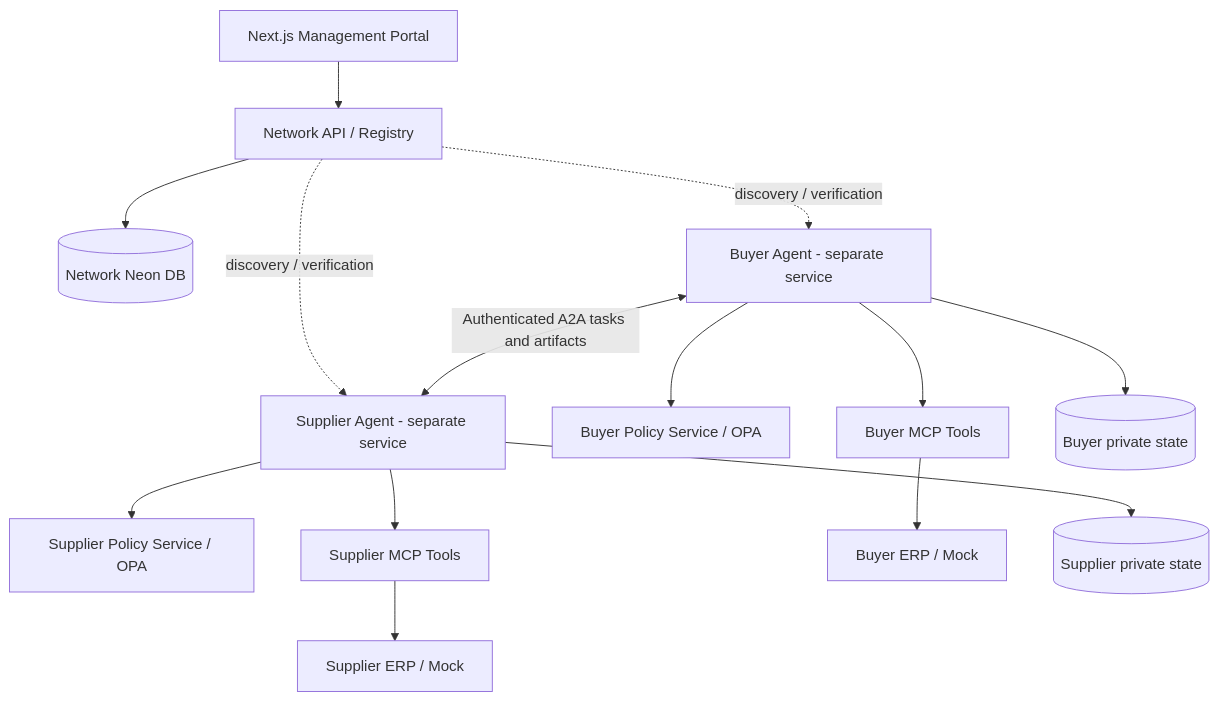
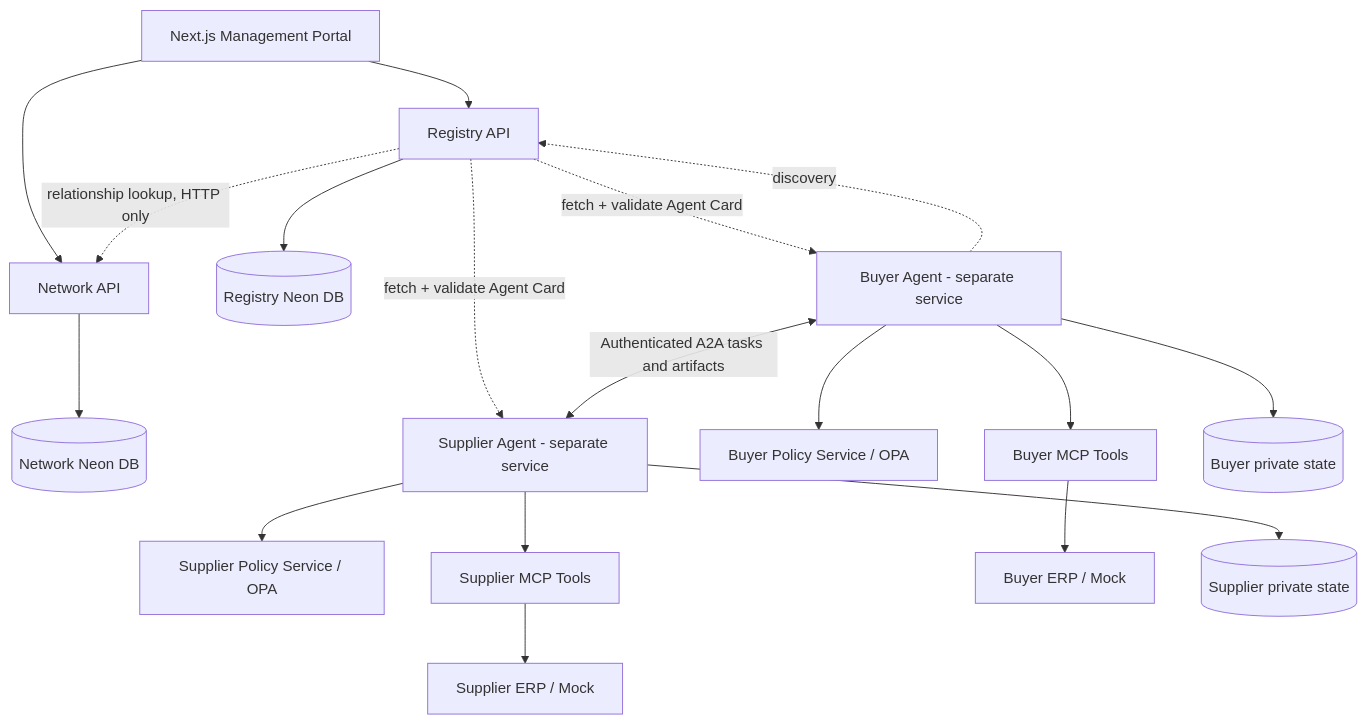
The diagram in aimo-brain-starter/docs/ARCHITECTURE.md (Ponnusa/aimo-ai), drawn with Mermaid before and after one commit. The commit also changed other lines of this file and 43 other files, not shown here.

````diff
--- a/aimo-brain-starter/docs/ARCHITECTURE.md
+++ b/aimo-brain-starter/docs/ARCHITECTURE.md
@@ -5,16 +14,20 @@
 ```mermaid
 flowchart TB
-  P[Next.js Management Portal] --> N[Network API / Registry]
+  P[Next.js Management Portal] --> N[Network API]
+  P --> G[Registry API]
   N --> R[(Network Neon DB)]
-  N -. discovery / verification .-> B[Buyer Agent - separate service]
-  N -. discovery / verification .-> S[Supplier Agent - separate service]
+  G --> RG[(Registry Neon DB)]
+  G -. relationship lookup, HTTP only .-> N
+  G -. fetch + validate Agent Card .-> B[Buyer Agent - separate service]
+  G -. fetch + validate Agent Card .-> S[Supplier Agent - separate service]
+  B -. discovery .-> G
   B <-->|Authenticated A2A tasks and artifacts| S
   B --> BP[Buyer Policy Service / OPA]
   S --> SP[Supplier Policy Service / OPA]
   B --> BM[Buyer MCP Tools]
   S --> SM[Supplier MCP Tools]
   BM --> BE[Buyer ERP / Mock]
   SM --> SE[Supplier ERP / Mock]
   B --> BD[(Buyer private state)]
   S --> SD[(Supplier private state)]
 ```
````
